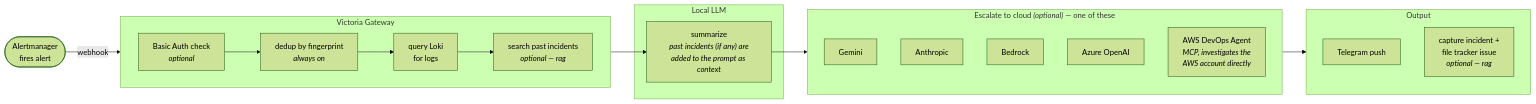
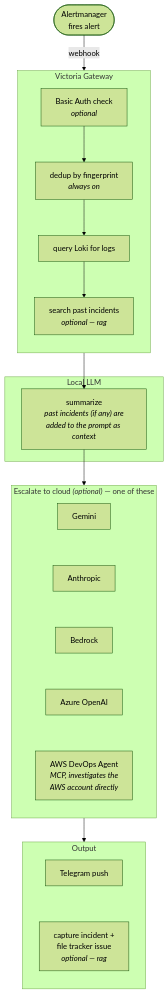
One commit to GordonWei/victoria-gateway changed the diagram in README.md. Above: the diagram before and after it, drawn with Mermaid (forest theme).

Commit message:
docs: redraw the swimlane diagram vertically so it fits a normal README column width
The horizontal version rendered fine in isolation at a large export size,
but GitHub squeezes a wide flowchart down to fit the actual content
column, making it tiny and unreadable in practice. Verified this version
by rendering at a ~700px width before pushing, matching what a README
column actually looks like.

````diff
--- a/README.md
+++ b/README.md
@@ -32,33 +32,29 @@
 ```mermaid
-flowchart LR
+flowchart TB
     AM(["Alertmanager<br/>fires alert"]) -->|webhook| B1
 
     subgraph VG["Victoria Gateway"]
-        direction LR
-        B1["Basic Auth check<br/><i>optional</i>"] --> B2["dedup by fingerprint<br/><i>always on</i>"] --> B3["query Loki<br/>for logs"] --> B4["search past incidents<br/><i>optional — rag</i>"]
+        direction TB
+        B1["Basic Auth check<br/><i>optional</i>"] --> B2["dedup by fingerprint<br/><i>always on</i>"] --> B3["query Loki for logs"] --> B4["search past incidents<br/><i>optional — rag</i>"]
     end
+
+    B4 --> C1
 
     subgraph LLM["Local LLM"]
         C1["summarize<br/><i>past incidents (if any) are<br/>added to the prompt as context</i>"]
     end
 
-    B4 --> C1
     C1 --> CLOUD
 
     subgraph CLOUD["Escalate to cloud <i>(optional)</i> — one of these"]
         direction TB
-        D1["Gemini"]
-        D2["Anthropic"]
-        D3["Bedrock"]
-        D4["Azure OpenAI"]
-        D5["AWS DevOps Agent<br/><i>MCP, investigates the<br/>AWS account directly</i>"]
+        D1["Gemini"] ~~~ D2["Anthropic"] ~~~ D3["Bedrock"] ~~~ D4["Azure OpenAI"] ~~~ D5["AWS DevOps Agent<br/><i>MCP, investigates the<br/>AWS account directly</i>"]
     end
 
     CLOUD --> OUT
 
     subgraph OUT["Output"]
         direction TB
-        E1["Telegram push"]
-        E2["capture incident +<br/>file tracker issue<br/><i>optional — rag</i>"]
+        E1["Telegram push"] ~~~ E2["capture incident +<br/>file tracker issue<br/><i>optional — rag</i>"]
     end
 ```
````
